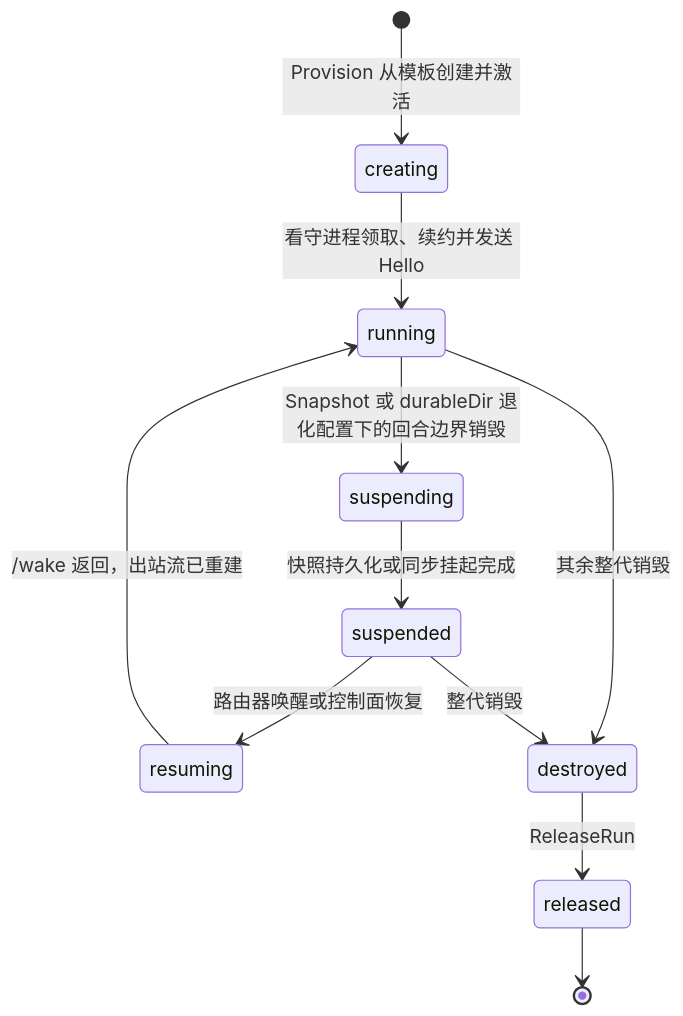
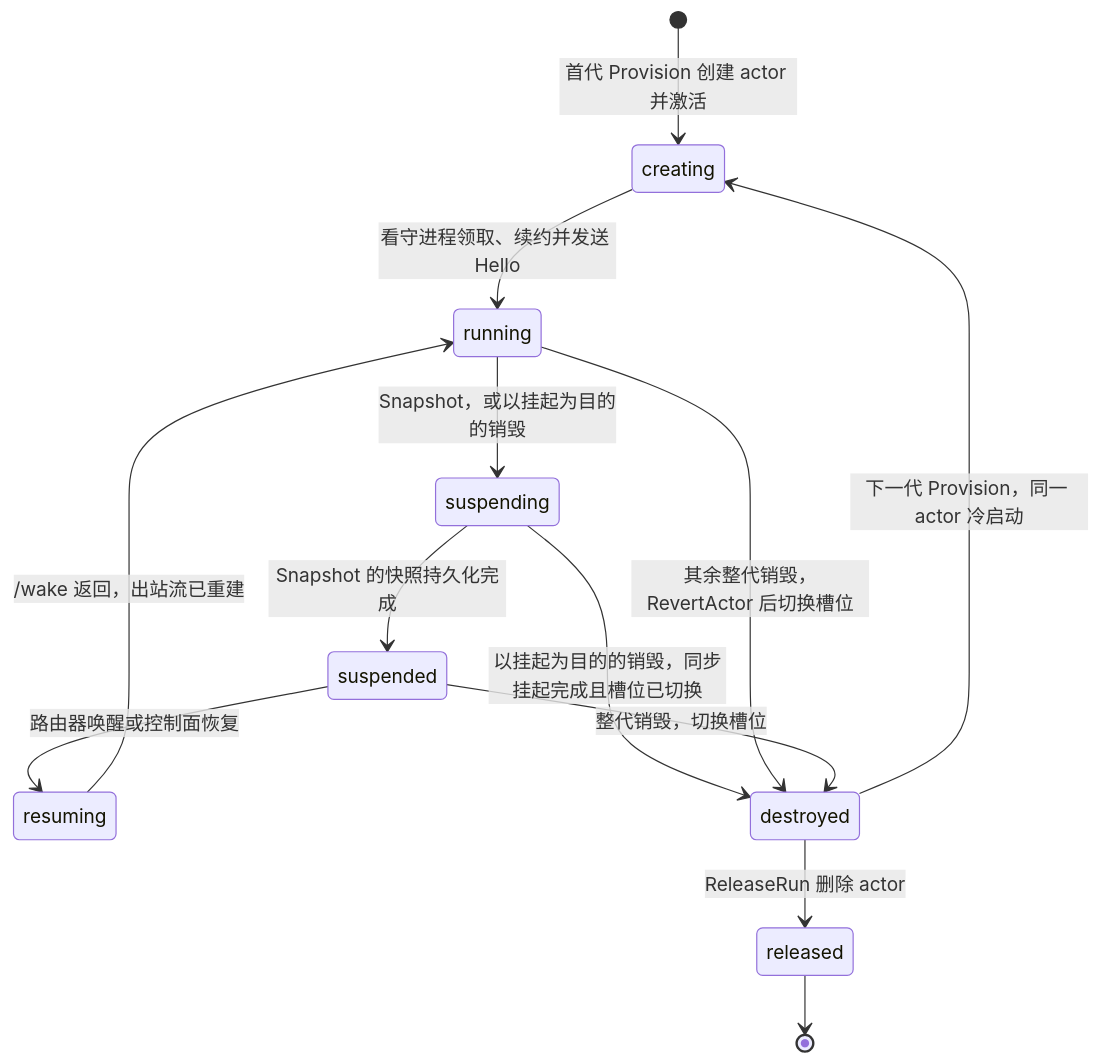
One commit to wangzw/castworks changed the first of 4 diagrams in docs/design/modules/sandboxprovider/design-sandboxprovider-substrate.md. Above: the diagram before and after it, drawn with Mermaid. The commit also changed other lines of this file and 16 other files, not shown here.

````diff
--- a/docs/design/modules/sandboxprovider/design-sandboxprovider-substrate.md
+++ b/docs/design/modules/sandboxprovider/design-sandboxprovider-substrate.md
@@ -142,13 +148,15 @@
 ```mermaid
 stateDiagram-v2
-    [*] --> creating: Provision 从模板创建并激活
+    [*] --> creating: 首代 Provision 创建 actor 并激活
     creating --> running: 看守进程领取、续约并发送 Hello
-    running --> suspending: Snapshot 或 durableDir 退化配置下的回合边界销毁
-    suspending --> suspended: 快照持久化或同步挂起完成
+    running --> suspending: Snapshot，或以挂起为目的的销毁
+    suspending --> suspended: Snapshot 的快照持久化完成
     suspended --> resuming: 路由器唤醒或控制面恢复
     resuming --> running: /wake 返回，出站流已重建
-    running --> destroyed: 其余整代销毁
-    suspended --> destroyed: 整代销毁
-    destroyed --> released: ReleaseRun
+    suspending --> destroyed: 以挂起为目的的销毁，同步挂起完成且槽位已切换
+    running --> destroyed: 其余整代销毁，RevertActor 后切换槽位
+    suspended --> destroyed: 整代销毁，切换槽位
+    destroyed --> creating: 下一代 Provision，同一 actor 冷启动
+    destroyed --> released: ReleaseRun 删除 actor
     released --> [*]
 ```
````
